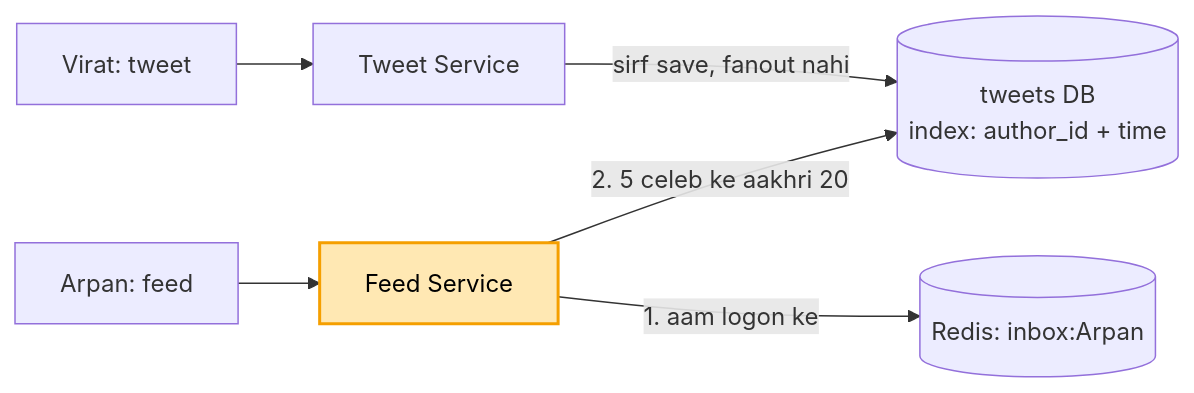
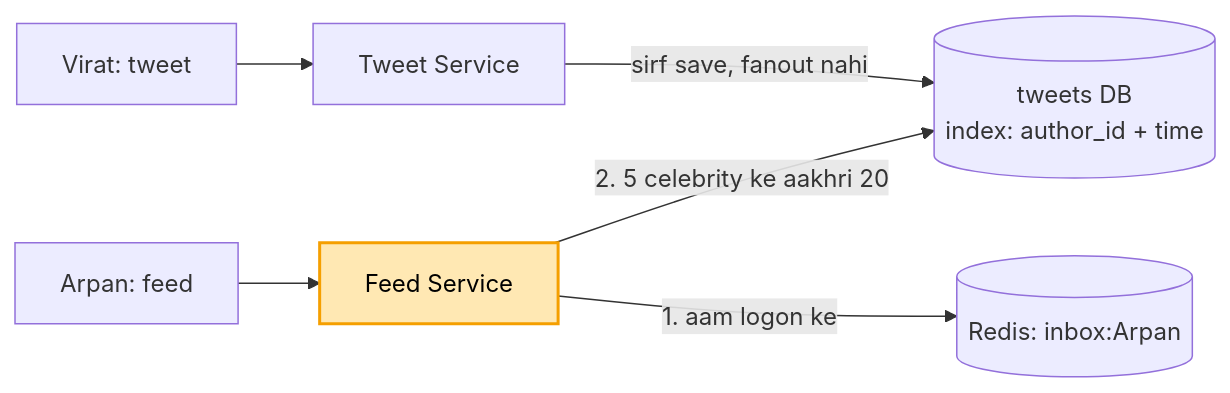
The fourth of 9 diagrams in 04_HLD/SYSTEM_DESIGNS/03_twitter_feed/03_twitter_feed.md (ArpanMaheshwari144/Prep), drawn with Mermaid before and after one commit. The commit also changed other lines of this file and 9 other files, not shown here.

Commit message:
audit: 01-12 ki seedhi galtiyan (number, naam, diagram teer, chhote shabd, Redis WAIT)

````diff
--- a/04_HLD/SYSTEM_DESIGNS/03_twitter_feed/03_twitter_feed.md
+++ b/04_HLD/SYSTEM_DESIGNS/03_twitter_feed/03_twitter_feed.md
@@ -163,9 +163,9 @@
 ```mermaid
 flowchart LR
     V["Virat: tweet"] --> TS["Tweet Service"]
     TS -- "sirf save, fanout nahi" --> T[("tweets DB<br/>index: author_id + time")]
     U["Arpan: feed"] --> F["Feed Service"]
     F -- "1. aam logon ke" --> IN[("Redis: inbox:Arpan")]
-    F -- "2. 5 celeb ke aakhri 20" --> T
+    F -- "2. 5 celebrity ke aakhri 20" --> T
     style F fill:#ffe8b3,stroke:#f59f00,stroke-width:2px,color:#000
 ```
````
